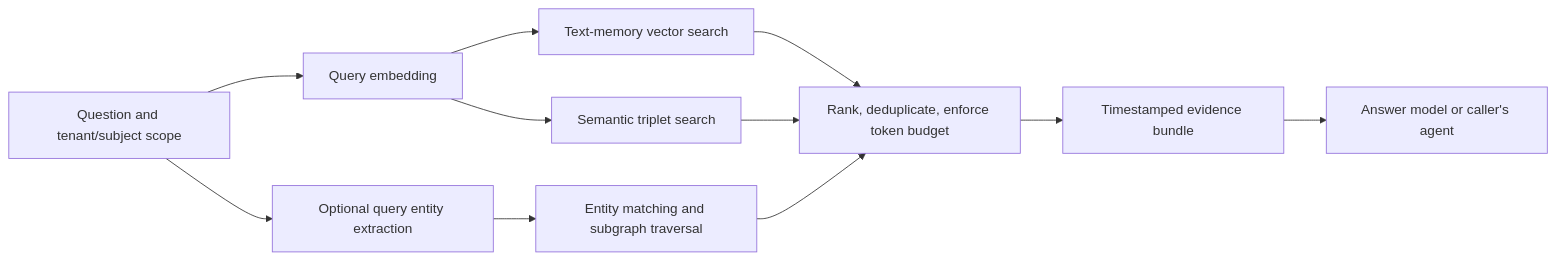
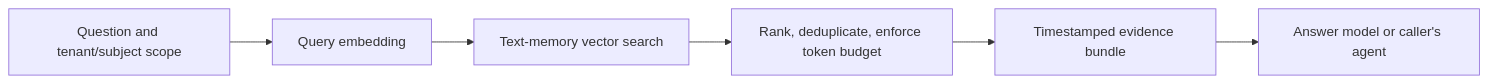
The second of 2 diagrams in docs/PRD.md (bhageerathi02/mem0), drawn with Mermaid before and after one commit. The commit also changed other lines of this file and 3 other files, not shown here.

Commit message:
removed the graph implementation

````diff
--- a/docs/PRD.md
+++ b/docs/PRD.md
@@ -183,13 +182,8 @@
 ```mermaid
 flowchart LR
     A["Question and tenant/subject scope"] --> B["Query embedding"]
     B --> C["Text-memory vector search"]
-    A --> D["Optional query entity extraction"]
-    D --> E["Entity matching and subgraph traversal"]
-    B --> F["Semantic triplet search"]
     C --> G["Rank, deduplicate, enforce token budget"]
-    E --> G
-    F --> G
     G --> H["Timestamped evidence bundle"]
     H --> I["Answer model or caller's agent"]
 ```
````
